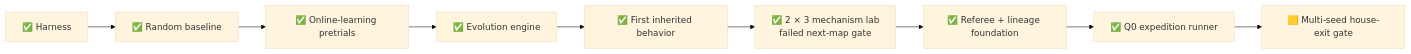
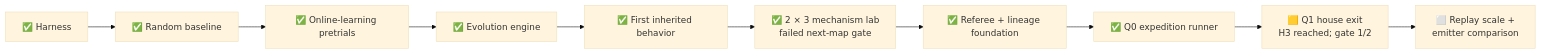
The first of 2 diagrams in docs/index.md (PeteAndrews1289/pokemon-red-ai), drawn with Mermaid (base theme) before and after one commit. The commit also changed other lines of this file and 12 other files, not shown here.

Commit message:
Record one-of-two Q1 house-exit result

````diff
--- a/docs/index.md
+++ b/docs/index.md
@@ -45,11 +47,12 @@
 ```mermaid
 flowchart LR
     A["✅ Harness"] --> B["✅ Random baseline"]
     B --> C["✅ Online-learning pretrials"]
     C --> D["✅ Evolution engine"]
     D --> E["✅ First inherited behavior"]
     E --> L["✅ 2 × 3 mechanism lab<br/>failed next-map gate"]
     L --> F["✅ Referee + lineage foundation"]
     F --> G["✅ Q0 expedition runner"]
-    G --> H["🟨 Multi-seed house-exit gate"]
+    G --> H["🟨 Q1 house exit<br/>H3 reached; gate 1/2"]
+    H --> I["⬜ Replay scale +<br/>emitter comparison"]
 ```
````
